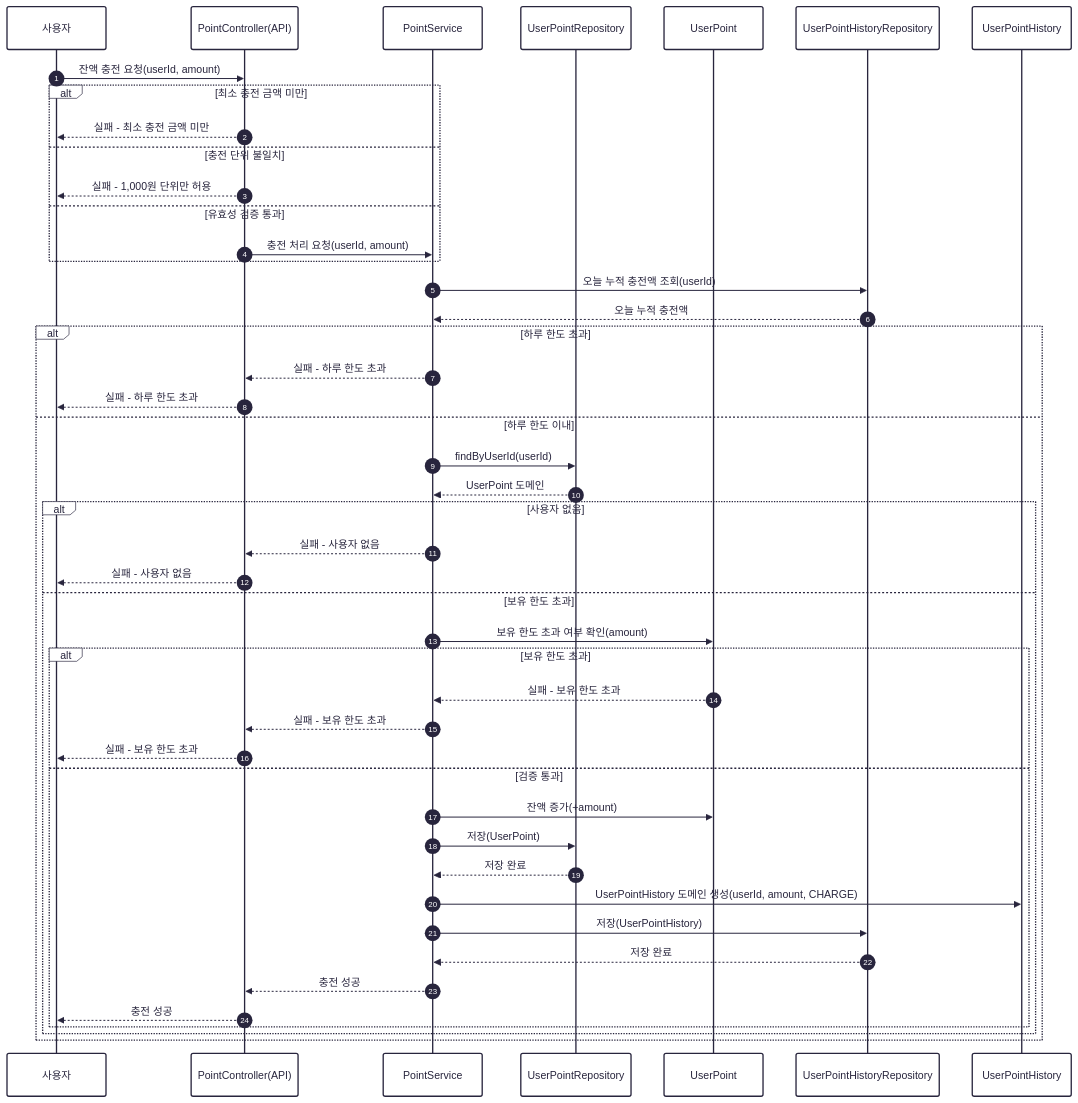
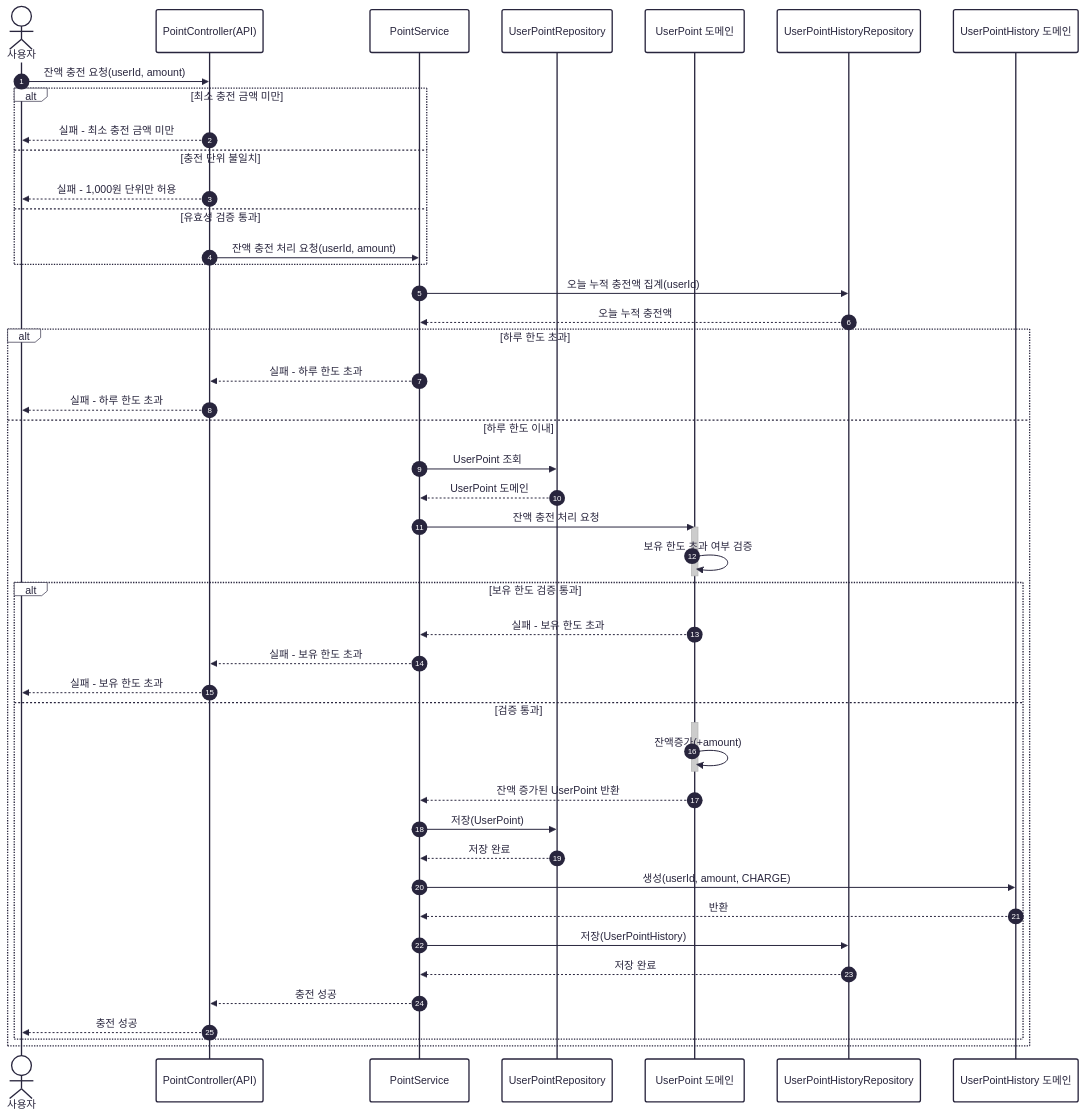
Before and after one commit to kdmstj/hanghae_ecommerce: the first of 8 diagrams in docs/sequence_diagram.md, drawn with Mermaid. The commit also changed other lines of this file, not shown here.

First line of the commit message:
chore: 시퀀스 다이어그램 개선

````diff
--- a/docs/sequence_diagram.md
+++ b/docs/sequence_diagram.md
@@ -2,65 +3,68 @@
 ```mermaid
 ---
 config:
   theme: redux
 ---
 sequenceDiagram
     autonumber
-    participant User as 사용자
+    actor User as 사용자
     participant PointController as PointController(API)
     participant PointService as PointService
     participant UserPointRepository
-    participant UserPoint as UserPoint 
+    participant UserPoint as UserPoint 도메인
     participant UserPointHistoryRepository
-    participant UserPointHistory as UserPointHistory
+    participant UserPointHistory as UserPointHistory 도메인
 
     %% 사용자 충전 요청
     User->>PointController: 잔액 충전 요청(userId, amount)
 
     %% 요청값 검증
     alt 최소 충전 금액 미만
         PointController-->>User: 실패 - 최소 충전 금액 미만
     else 충전 단위 불일치
         PointController-->>User: 실패 - 1,000원 단위만 허용
     else 유효성 검증 통과
-        PointController->>PointService: 충전 처리 요청(userId, amount)
+        PointController->>PointService: 잔액 충전 처리 요청(userId, amount)
     end
 
     %% 하루 충전 한도 검증
-    PointService->>UserPointHistoryRepository: 오늘 누적 충전액 조회(userId)
+    PointService->>UserPointHistoryRepository: 오늘 누적 충전액 집계(userId)
     UserPointHistoryRepository-->>PointService: 오늘 누적 충전액
     alt 하루 한도 초과
         PointService-->>PointController: 실패 - 하루 한도 초과
         PointController-->>User: 실패 - 하루 한도 초과
     else 하루 한도 이내
-        %% 사용자 존재 및 현재 잔액 조회
-        PointService->>UserPointRepository: findByUserId(userId)
+        %% 현재 잔액 및 사용자 조회
+        PointService->>UserPointRepository: UserPoint 조회
         UserPointRepository-->>PointService: UserPoint 도메인
 
-        alt 사용자 없음
-            PointService-->>PointController: 실패 - 사용자 없음
-            PointController-->>User: 실패 - 사용자 없음
-        else 보유 한도 초과
-            PointService->>UserPoint: 보유 한도 초과 여부 확인(amount)
-            alt 보유 한도 초과
-                UserPoint-->>PointService: 실패 - 보유 한도 초과
-                PointService-->>PointController: 실패 - 보유 한도 초과
-                PointController-->>User: 실패 - 보유 한도 초과
-            else 검증 통과
-                %% 잔액 증가 처리
-                PointService->>UserPoint: 잔액 증가(+amount)
-                PointService->>UserPointRepository: 저장(UserPoint)
-                UserPointRepository-->>PointService: 저장 완료
+        %% 도메인 검증
+        PointService->>UserPoint: 잔액 충전 처리 요청
+        activate UserPoint 
+        UserPoint ->> UserPoint : 보유 한도 초과 여부 검증
+        deactivate UserPoint
+        alt 보유 한도 검증 통과
+            UserPoint-->>PointService: 실패 - 보유 한도 초과
+            PointService-->>PointController: 실패 - 보유 한도 초과
+            PointController-->>User: 실패 - 보유 한도 초과
+        else 검증 통과
+            %% 잔액 증가 및 저장
+            activate UserPoint
+            UserPoint ->> UserPoint: 잔액증가(+amount)
+            deactivate UserPoint
+            UserPoint -->> PointService: 잔액  증가된 UserPoint 반환
+            PointService->>UserPointRepository: 저장(UserPoint)
+            UserPointRepository-->>PointService: 저장 완료
 
-                %% 히스토리 기록
-                PointService->>UserPointHistory: UserPointHistory 도메인 생성(userId, amount, CHARGE)
-                PointService->>UserPointHistoryRepository: 저장(UserPointHistory)
-                UserPointHistoryRepository-->>PointService: 저장 완료
+            %% 히스토리 기록
+            PointService->>UserPointHistory: 생성(userId, amount, CHARGE)
+            UserPointHistory -->> PointService: 반환
+            PointService->>UserPointHistoryRepository: 저장(UserPointHistory)
+            UserPointHistoryRepository-->>PointService: 저장 완료
 
-                %% 성공 응답
-                PointService-->>PointController: 충전 성공
-                PointController-->>User: 충전 성공
-            end
+            %% 성공 응답
+            PointService-->>PointController: 충전 성공
+            PointController-->>User: 충전 성공
         end
     end
 ```
````
